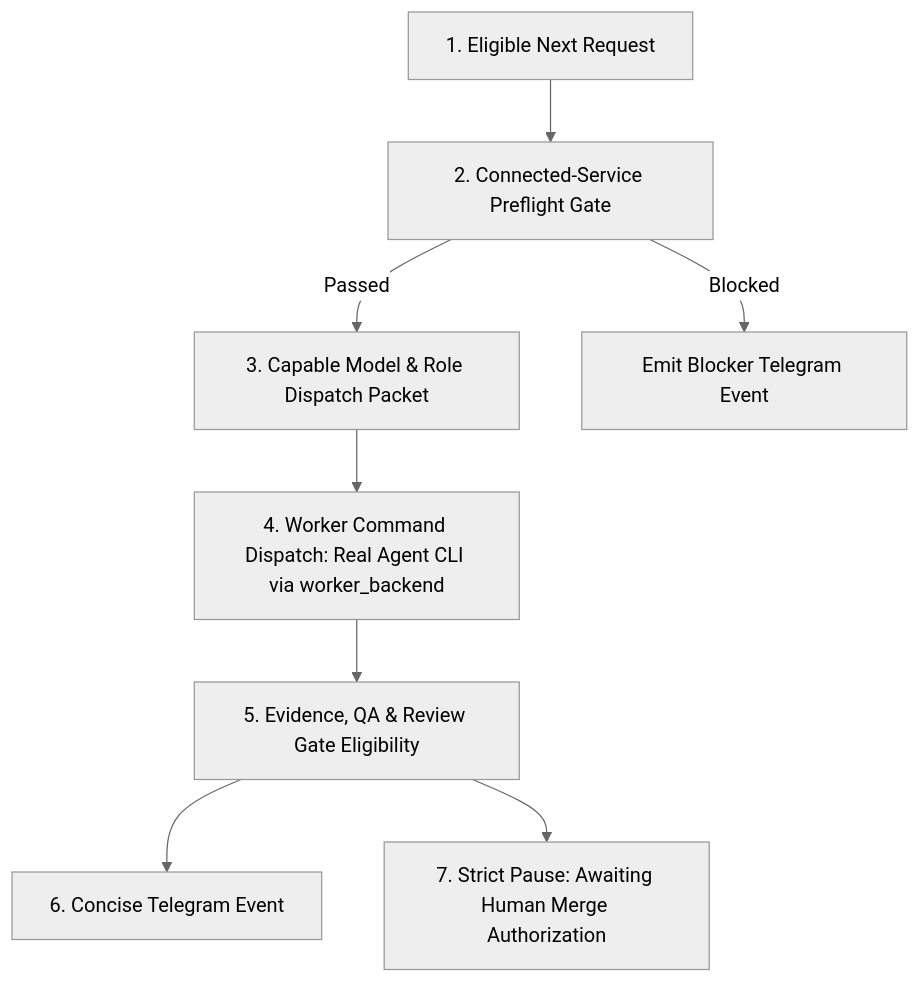
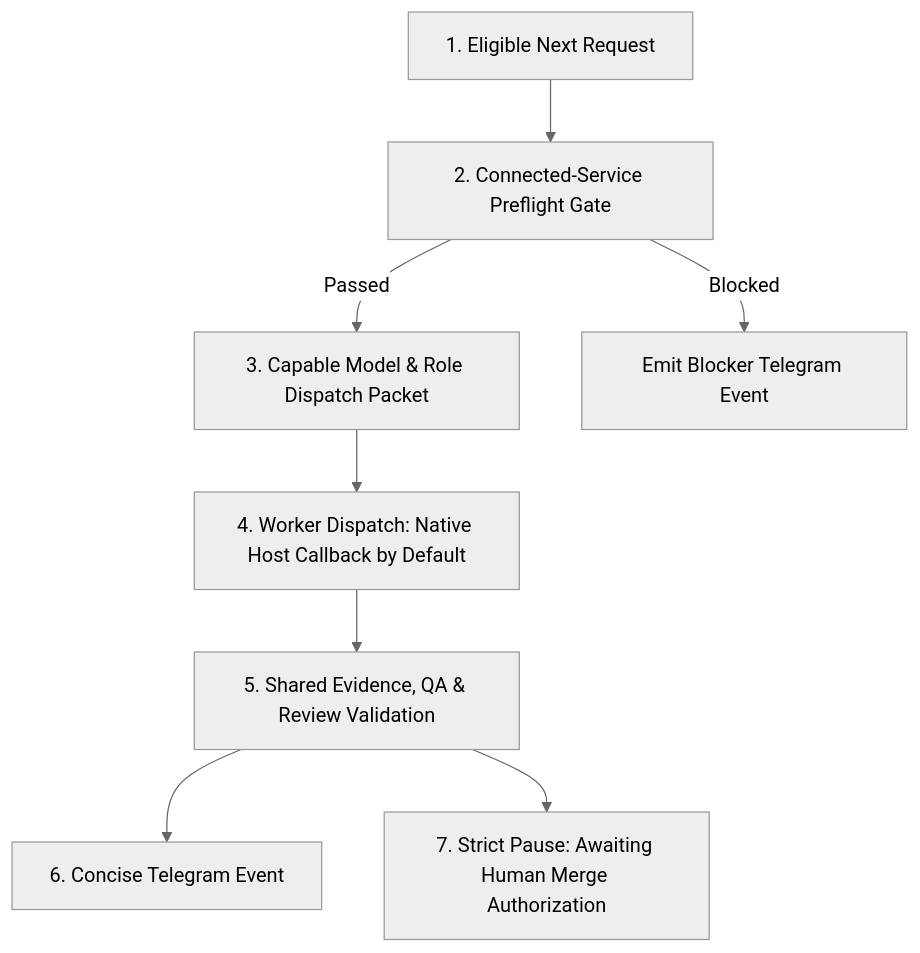
Before and after one commit to Wladefant/super-board: the second of 2 diagrams in workflows/portable/PORTABLE.md, drawn with Mermaid (neutral theme). The commit also changed other lines of this file and 4 other files, not shown here.

Commit message:
feat: add native worker dispatch callback

````diff
--- a/workflows/portable/PORTABLE.md
+++ b/workflows/portable/PORTABLE.md
@@ -427,10 +427,10 @@
 ```mermaid
 graph TD
     A[1. Eligible Next Request] --> B[2. Connected-Service Preflight Gate]
     B -->|Passed| C[3. Capable Model & Role Dispatch Packet]
     B -->|Blocked| H[Emit Blocker Telegram Event]
-    C --> D[4. Worker Command Dispatch: Real Agent CLI via worker_backend]
-    D --> E[5. Evidence, QA & Review Gate Eligibility]
+    C --> D[4. Worker Dispatch: Native Host Callback by Default]
+    D --> E[5. Shared Evidence, QA & Review Validation]
     E --> F[6. Concise Telegram Event]
     E --> G[7. Strict Pause: Awaiting Human Merge Authorization]
 ```
````
